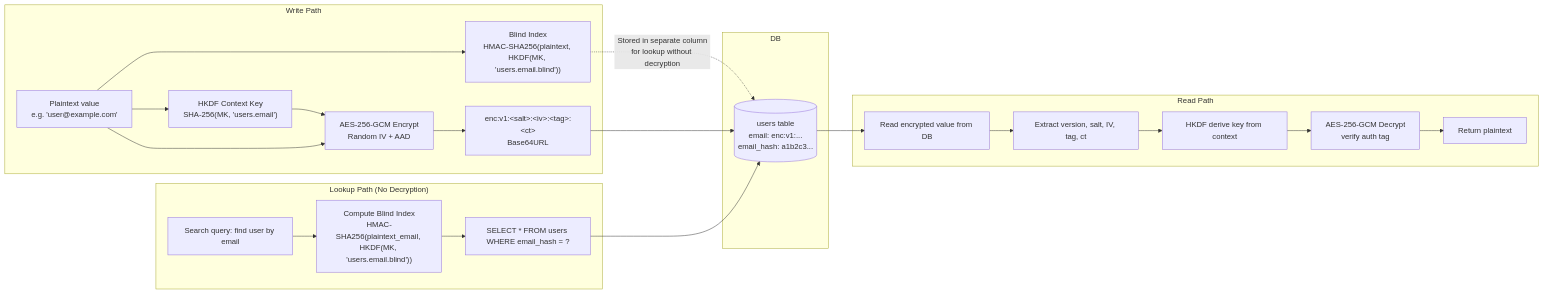
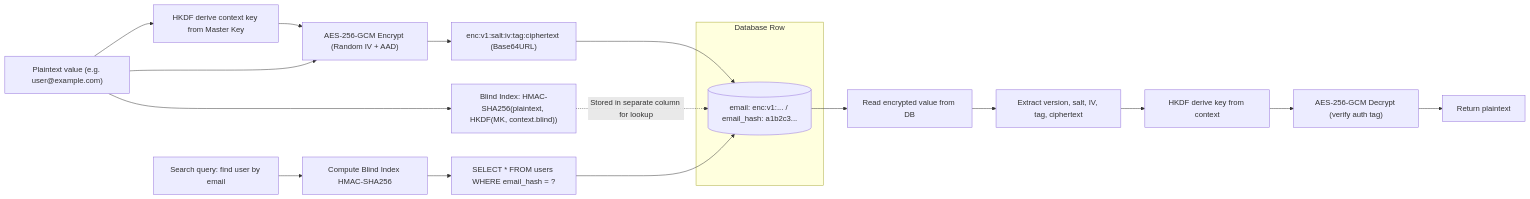
Diagram 13 of 17 in docs/ARCHITECTURE_UML.md (kim0040/Nadeulhae), drawn with Mermaid before and after one commit. The commit also changed other lines of this file, not shown here.

Commit message:
fix(docs): fix Mermaid syntax errors in UML diagrams (invalid types, special chars)

````diff
--- a/docs/ARCHITECTURE_UML.md
+++ b/docs/ARCHITECTURE_UML.md
@@ -1168,47 +1206,34 @@
 ```mermaid
 flowchart LR
-    subgraph "Write Path"
-        W1["Plaintext value<br/>e.g. 'user@example.com'"]
-        W2["HKDF Context Key<br/>SHA-256(MK, 'users.email')"]
-        W3["AES-256-GCM Encrypt<br/>Random IV + AAD"]
-        W4["Blind Index<br/>HMAC-SHA256(plaintext, HKDF(MK, 'users.email.blind'))"]
-        W5["enc:v1:&lt;salt&gt;:&lt;iv&gt;:&lt;tag&gt;:&lt;ct&gt;<br/>Base64URL"]
-    end
+    W1["Plaintext value (e.g. user@example.com)"]
+    W2["HKDF derive context key from Master Key"]
+    W3["AES-256-GCM Encrypt (Random IV + AAD)"]
+    W4["Blind Index: HMAC-SHA256(plaintext, HKDF(MK, context.blind))"]
+    W5["enc:v1:salt:iv:tag:ciphertext (Base64URL)"]
 
     W1 --> W2
     W2 --> W3
     W1 --> W3
     W3 --> W5
     W1 --> W4
-    W4 -.->|Stored in separate column<br/>for lookup without decryption| DB_WRITE
 
-    subgraph "DB"
-        DB_WRITE[("users table<br/>email: enc:v1:...<br/>email_hash: a1b2c3...")]
+    subgraph DB["Database Row"]
+        DB_WRITE[("email: enc:v1:... / email_hash: a1b2c3...")]
     end
 
     W5 --> DB_WRITE
+    W4 -.->|"Stored in separate column for lookup"| DB_WRITE
 
-    subgraph "Read Path"
-        R1["Read encrypted value from DB"]
-        R2["Extract version, salt, IV, tag, ct"]
-        R3["HKDF derive key from context"]
-        R4["AES-256-GCM Decrypt<br/>verify auth tag"]
-        R5["Return plaintext"]
-    end
+    DB_WRITE --> R1["Read encrypted value from DB"]
+    R1 --> R2["Extract version, salt, IV, tag, ciphertext"]
+    R2 --> R3["HKDF derive key from context"]
+    R3 --> R4["AES-256-GCM Decrypt (verify auth tag)"]
+    R4 --> R5["Return plaintext"]
 
-    DB_WRITE --> R1
-    R1 --> R2
-    R2 --> R3
-    R3 --> R4
-    R4 --> R5
-
-    subgraph "Lookup Path (No Decryption)"
-        L1["Search query: find user by email"]
-        L2["Compute Blind Index<br/>HMAC-SHA256(plaintext_email, HKDF(MK, 'users.email.blind'))"]
-        L3["SELECT * FROM users WHERE email_hash = ?"]
-    end
-
+    L1["Search query: find user by email"]
+    L2["Compute Blind Index HMAC-SHA256"]
+    L3["SELECT * FROM users WHERE email_hash = ?"]
     L1 --> L2
     L2 --> L3
     L3 --> DB_WRITE
 ```
````
